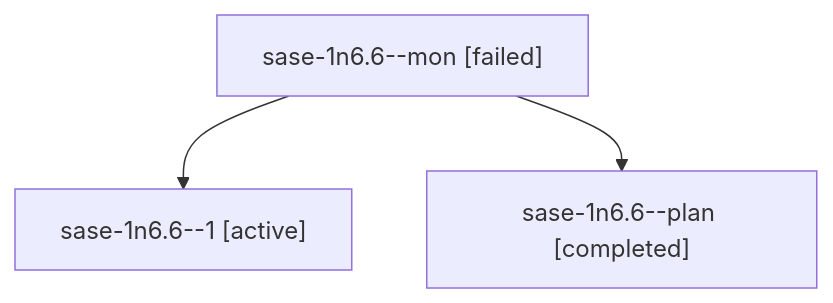
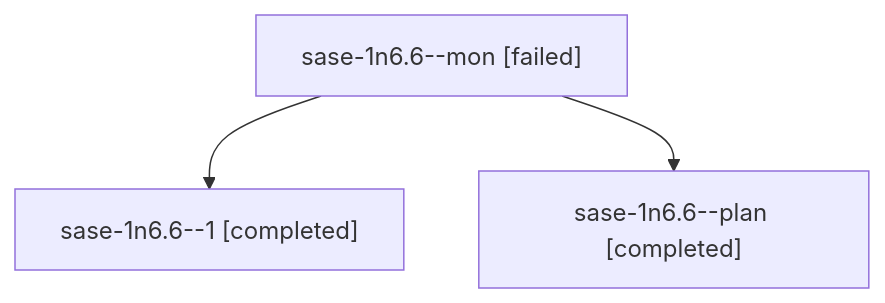
One commit to sase-org/sase--agents changed the diagram in sessions/bbugyi200.athena.sase-1n6.6.md. Above: the diagram before and after it, drawn with Mermaid. The commit also changed other lines of this file and 116 other files, not shown here.

````diff
--- a/sessions/bbugyi200.athena.sase-1n6.6.md
+++ b/sessions/bbugyi200.athena.sase-1n6.6.md
@@ -9,8 +9,8 @@
 ```mermaid
 flowchart TD
   n0["sase-1n6.6--mon [failed]"]
-  n1["sase-1n6.6--1 [active]"]
+  n1["sase-1n6.6--1 [completed]"]
   n0 --> n1
   n2["sase-1n6.6--plan [completed]"]
   n0 --> n2
 ```
````
